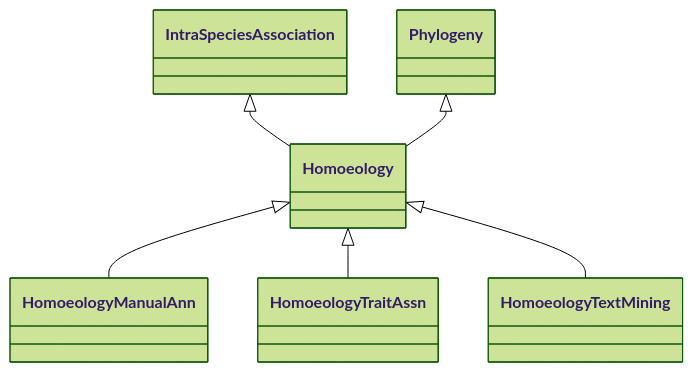
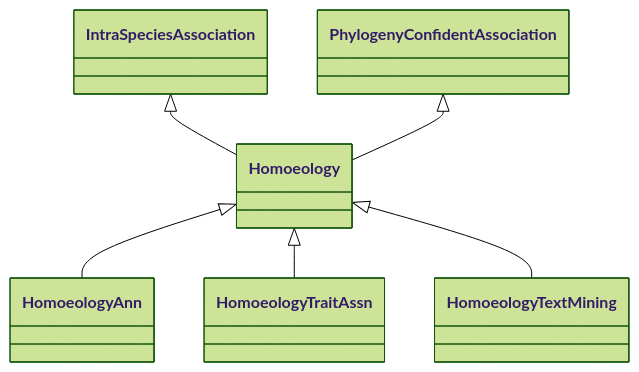
One commit to KnetMiner/knetminer-schemas changed the diagram in semantic-motif-taxonomy/knet-motif-categories-doc/Homoeology.md. Above: the diagram before and after it, drawn with Mermaid (forest theme). The commit also changed other lines of this file and 59 other files, not shown here.

````diff
--- a/semantic-motif-taxonomy/knet-motif-categories-doc/Homoeology.md
+++ b/semantic-motif-taxonomy/knet-motif-categories-doc/Homoeology.md
@@ -35,20 +35,20 @@
 ```mermaid
  classDiagram
     class Homoeology
     click Homoeology href "../Homoeology"
       IntraSpeciesAssociation <|-- Homoeology
         click IntraSpeciesAssociation href "../IntraSpeciesAssociation"
-      Phylogeny <|-- Homoeology
-        click Phylogeny href "../Phylogeny"
+      PhylogenyConfidentAssociation <|-- Homoeology
+        click PhylogenyConfidentAssociation href "../PhylogenyConfidentAssociation"
       
 
-      Homoeology <|-- HomoeologyManualAnn
-        click HomoeologyManualAnn href "../HomoeologyManualAnn"
+      Homoeology <|-- HomoeologyAnn
+        click HomoeologyAnn href "../HomoeologyAnn"
       Homoeology <|-- HomoeologyTraitAssn
         click HomoeologyTraitAssn href "../HomoeologyTraitAssn"
       Homoeology <|-- HomoeologyTextMining
         click HomoeologyTextMining href "../HomoeologyTextMining"
       
       
       
 ```
````
